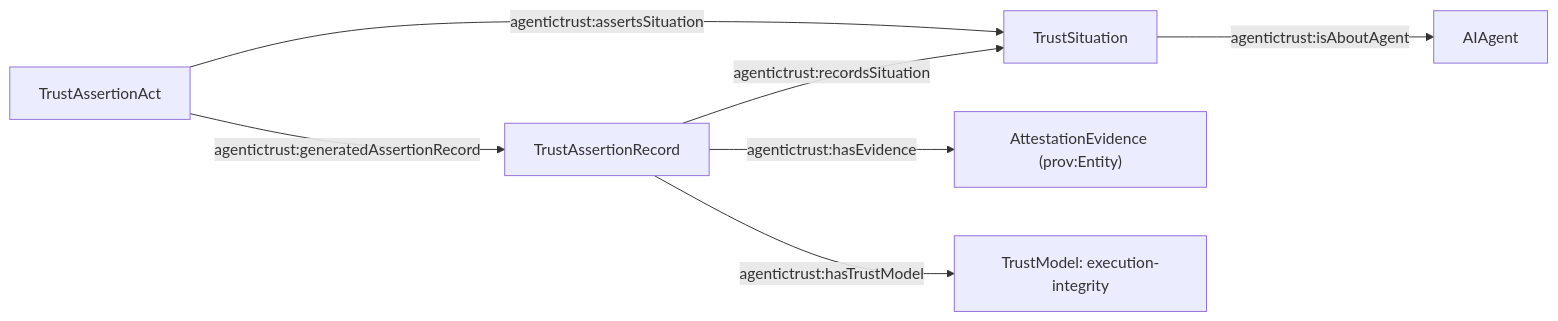
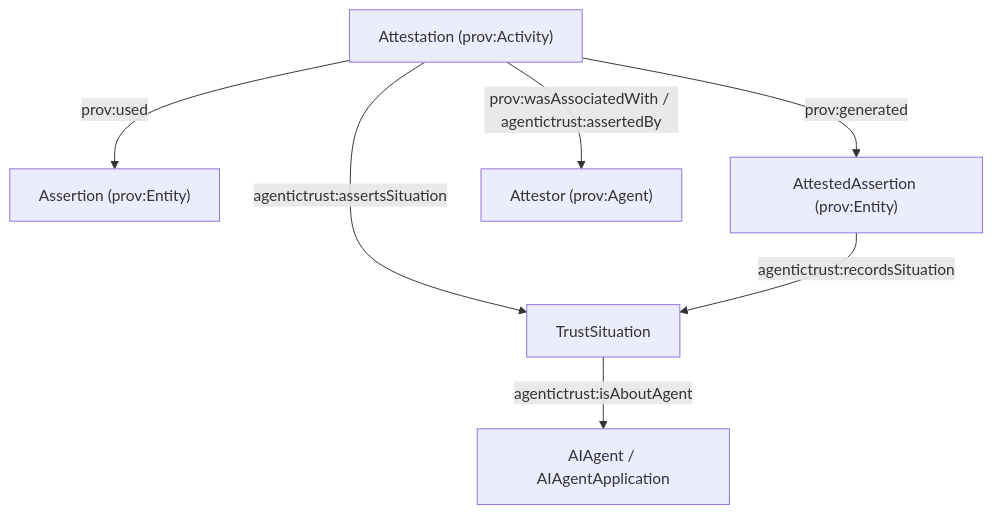
Before and after one commit to Agentic-Trust-Layer/agent-explorer: the second of 2 diagrams in docs/ontology/oidc-a.md, drawn with Mermaid. The commit also changed other lines of this file, not shown here.

````diff
--- a/docs/ontology/oidc-a.md
+++ b/docs/ontology/oidc-a.md
@@ -131,16 +132,16 @@
 ```mermaid
-graph LR
-  Agent["AIAgent"]
+graph TB
+  Agent["AIAgent / AIAgentApplication"]
   Sit["TrustSituation"]
-  Act["TrustAssertionAct"]
-  Rec["TrustAssertionRecord"]
-  Evidence["AttestationEvidence (prov:Entity)"]
-  Model["TrustModel: execution-integrity"]
+  Assertion["Assertion (prov:Entity)"]
+  Attestation["Attestation (prov:Activity)"]
+  Attested["AttestedAssertion (prov:Entity)"]
+  Attestor["Attestor (prov:Agent)"]
 
   Sit -->|agentictrust:isAboutAgent| Agent
-  Act -->|agentictrust:assertsSituation| Sit
-  Act -->|agentictrust:generatedAssertionRecord| Rec
-  Rec -->|agentictrust:recordsSituation| Sit
-  Rec -->|agentictrust:hasEvidence| Evidence
-  Rec -->|agentictrust:hasTrustModel| Model
+  Attestation -->|agentictrust:assertsSituation| Sit
+  Attestation -->|prov:used| Assertion
+  Attestation -->|prov:generated| Attested
+  Attestation -->|prov:wasAssociatedWith / agentictrust:assertedBy| Attestor
+  Attested -->|agentictrust:recordsSituation| Sit
 ```
````
